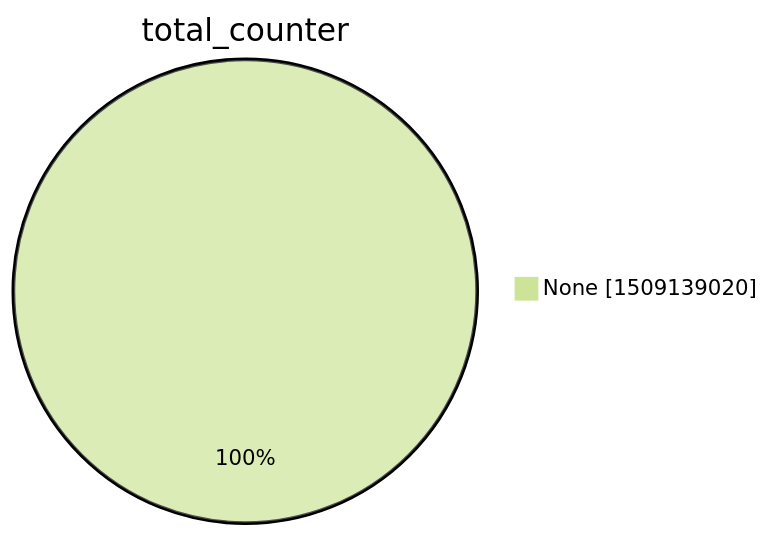
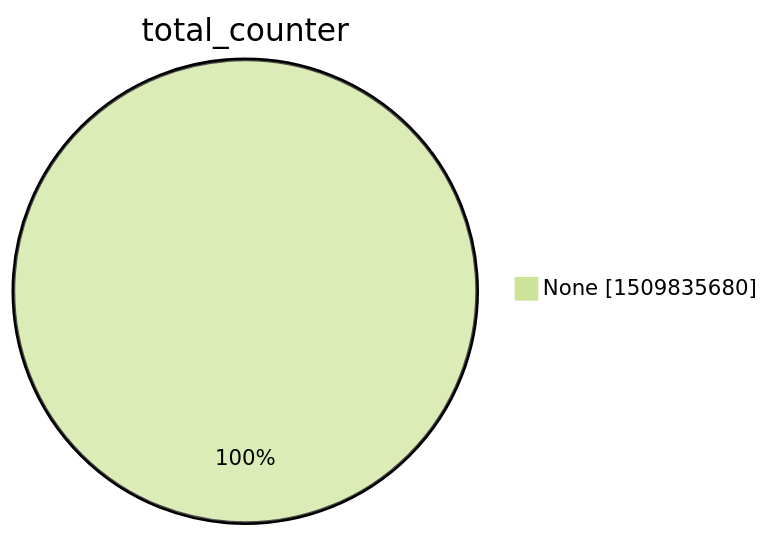
One commit to christiankrug/ctmonitor_visualization changed the second of 15 diagrams in argon2022/README.md. Above: the diagram before and after it, drawn with Mermaid (forest theme). The commit also changed other lines of this file, not shown here.

````diff
--- a/argon2022/README.md
+++ b/argon2022/README.md
@@ -9,5 +9,5 @@
 ```mermaid
 pie showData
 title total_counter
-"None" :1509139020
+"None" :1509835680
 ```
````
